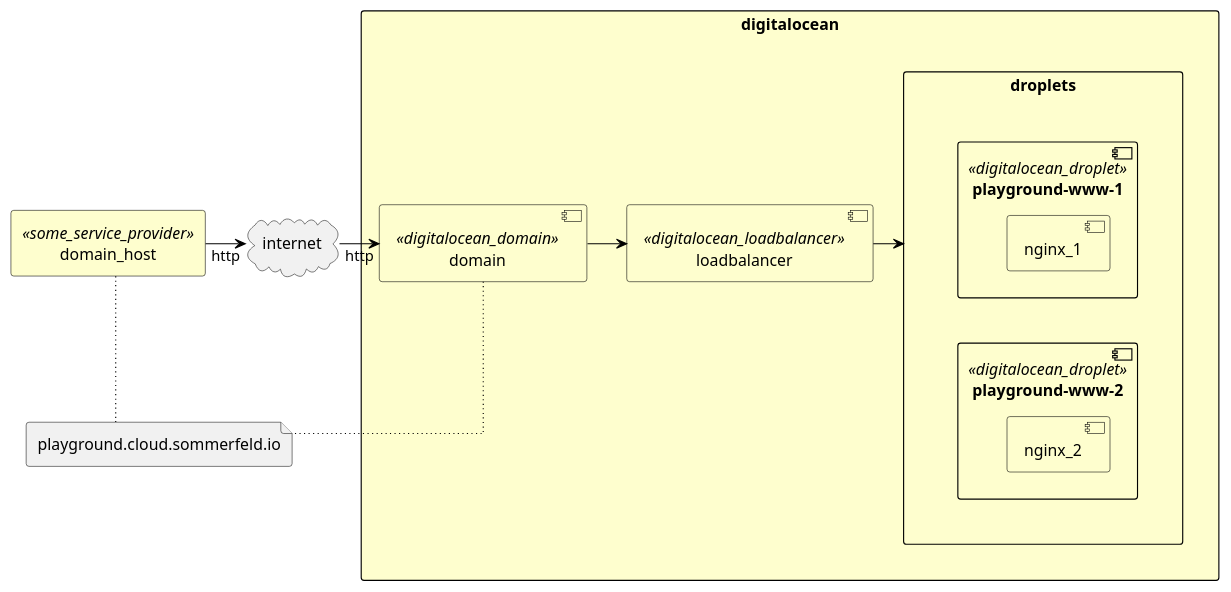
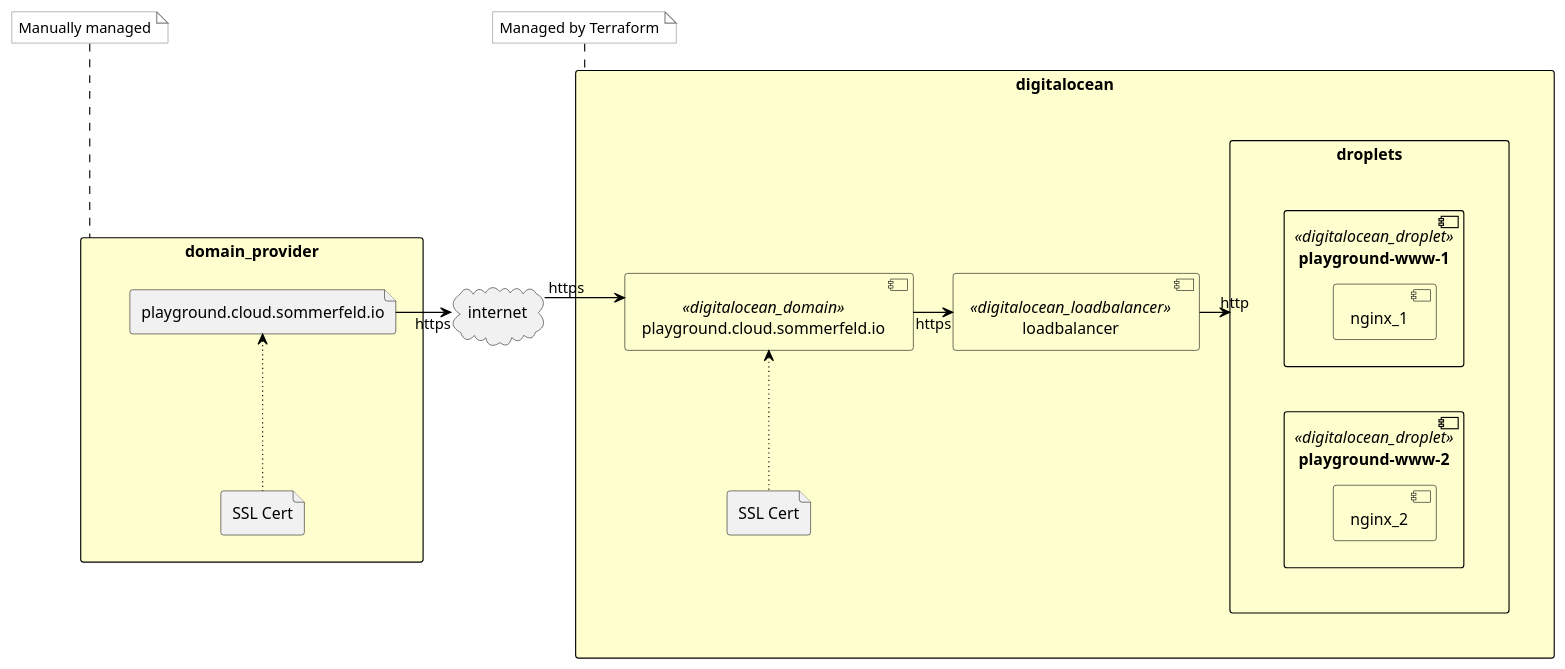
Before and after one commit to sebastian-sommerfeld-io/playgrounds: the diagram in docs/modules/ROOT/pages/terraform/digitalocean.adoc, drawn with PlantUML. The commit also changed other lines of this file and 1 other file, not shown here.

Commit message:
docs: updated diagram

```diff
--- a/docs/modules/ROOT/pages/terraform/digitalocean.adoc
+++ b/docs/modules/ROOT/pages/terraform/digitalocean.adoc
@@ -31,58 +31,59 @@
 [plantuml, rendered-plantuml-image, svg]
 ----
 @startuml
 
 skinparam linetype ortho
 skinparam monochrome false
 skinparam componentStyle uml2
 skinparam backgroundColor transparent
 skinparam ArrowColor black
 skinparam FrameBackgroundColor #fff
 skinparam CollectionsBackgroundColor #fefece
 skinparam CollectionsBorderColor black
 skinparam ComponentBorderColor black
 skinparam ComponentBackgroundColor #fefece
 skinparam RectangleBorderColor black
 skinparam RectangleBackgroundColor #fefece
 skinparam QueueBorderColor black
 skinparam NoteBorderColor Grey
 skinparam NoteBackgroundColor #fff
 skinparam defaultTextAlignment center
 skinparam activity {
   FontName Ubuntu
 }
 
 rectangle digitalocean {
     rectangle droplets {
         component www_1 as "playground-www-1" <<digitalocean_droplet>> {
             component nginx_1
         }
         component www_2 as "playground-www-2" <<digitalocean_droplet>> {
             component nginx_2
         }
     }
-    component domain <<digitalocean_domain>>
+    component domain as "playground.cloud.sommerfeld.io" <<digitalocean_domain>>
     component loadbalancer <<digitalocean_loadbalancer>>
-    'component cname as "playground" <<digitalocean_record>>
+    file ssl_cert_2 as "SSL Cert"
 }
 
-file url as "playground.cloud.sommerfeld.io"
-'file ssl_cert
-
-rectangle domain_host <<some_service_provider>>
+rectangle domain_provider {
+    file url as "playground.cloud.sommerfeld.io"
+    file ssl_cert_1 as "SSL Cert"
+}
 cloud internet
 
-domain_host -right-> internet: http
-internet -right-> domain: http
-domain -right-> loadbalancer
-loadbalancer -> droplets
+url -right-> internet: https
+internet -right-> domain: https
+domain -right-> loadbalancer: https
+loadbalancer -> droplets: http
 
 www_1 -[hidden]down-> www_2
 
-domain_host ~down~ url
-domain ~down~ url
-'domain_host ~down~ ssl_cert
-'cname -up-> domain
+ssl_cert_1 ~up~> url
+ssl_cert_2 ~up~> domain
+
+note top of domain_provider: Manually managed
+note top of digitalocean: Managed by Terraform
 
 @enduml
 ----
```
